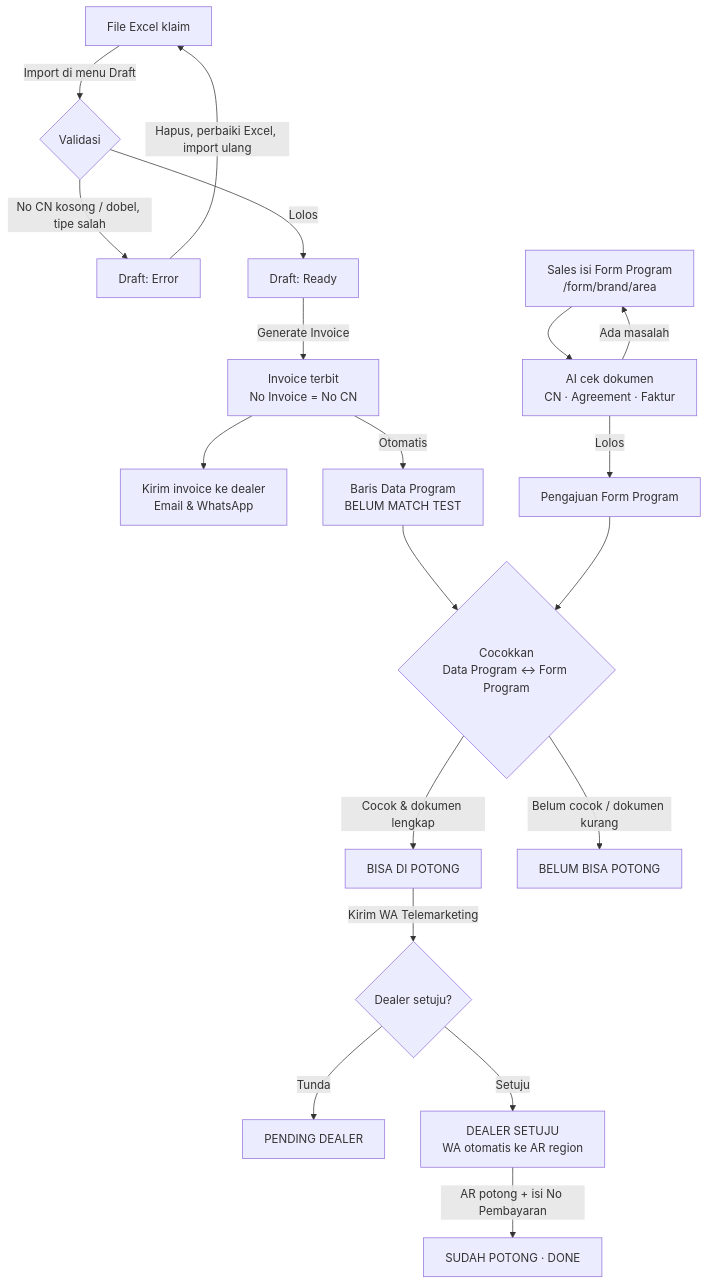
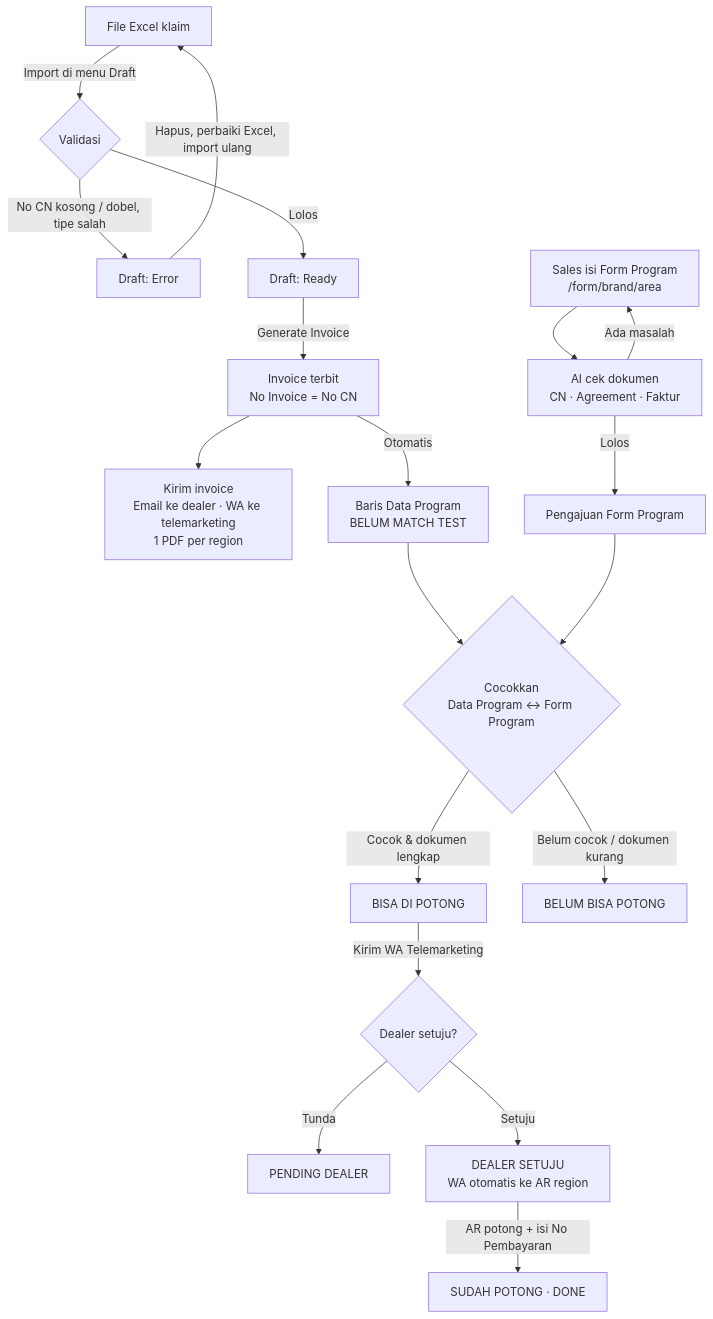
Before and after one commit to oceanspacedev/Automation-SCM: the first of 2 diagrams in README.md, drawn with Mermaid. The commit also changed other lines of this file and 54 other files, not shown here.

````diff
--- a/README.md
+++ b/README.md
@@ -57,23 +57,23 @@
 ```mermaid
 flowchart TD
     A[File Excel klaim] -->|Import di menu Draft| B{Validasi}
     B -->|No CN kosong / dobel, tipe salah| C[Draft: Error]
     B -->|Lolos| D[Draft: Ready]
     C -->|Hapus, perbaiki Excel, import ulang| A
     D -->|Generate Invoice| E[Invoice terbit<br/>No Invoice = No CN]
-    E --> F[Kirim invoice ke dealer<br/>Email & WhatsApp]
+    E --> F[Kirim invoice<br/>Email ke dealer · WA ke telemarketing<br/>1 PDF per region]
     E -->|Otomatis| G[Baris Data Program<br/>BELUM MATCH TEST]
 
     S[Sales isi Form Program<br/>/form/brand/area] --> T[AI cek dokumen<br/>CN · Agreement · Faktur]
     T -->|Ada masalah| S
     T -->|Lolos| U[Pengajuan Form Program]
 
     G --> M{Cocokkan<br/>Data Program ↔ Form Program}
     U --> M
     M -->|Cocok & dokumen lengkap| N[BISA DI POTONG]
     M -->|Belum cocok / dokumen kurang| O[BELUM BISA POTONG]
     N -->|Kirim WA Telemarketing| P{Dealer setuju?}
     P -->|Tunda| Q[PENDING DEALER]
     P -->|Setuju| R[DEALER SETUJU<br/>WA otomatis ke AR region]
     R -->|AR potong + isi No Pembayaran| Z[SUDAH POTONG · DONE]
 ```
````
